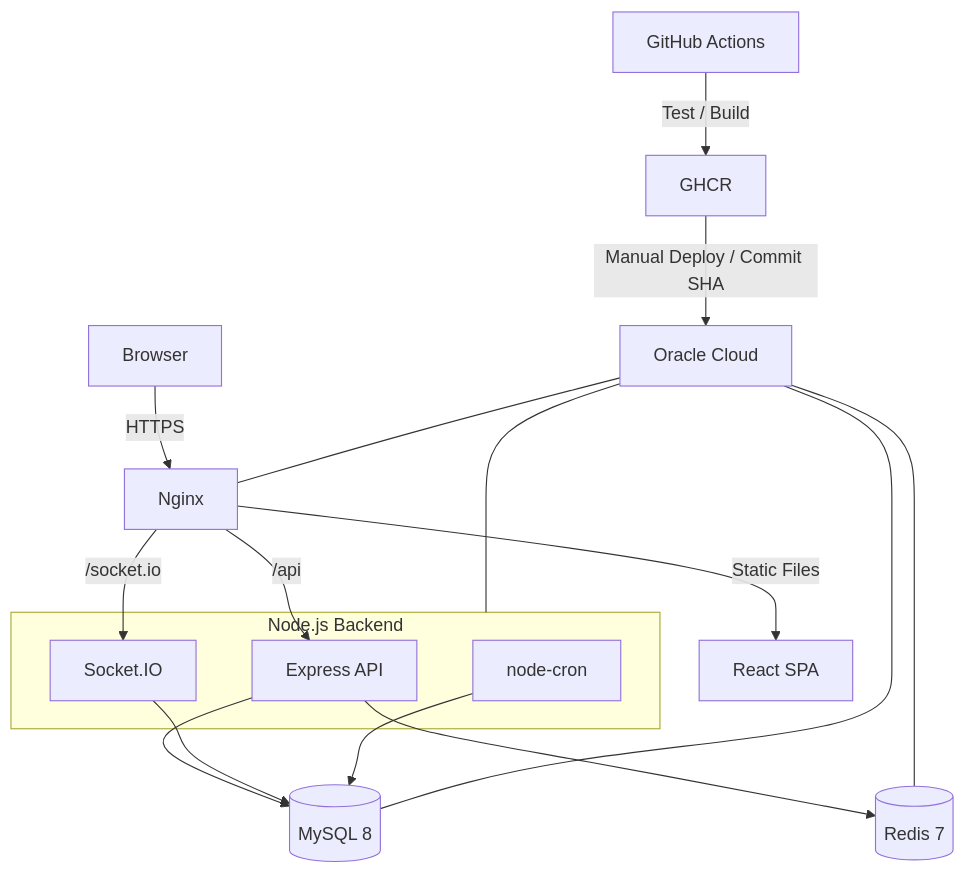
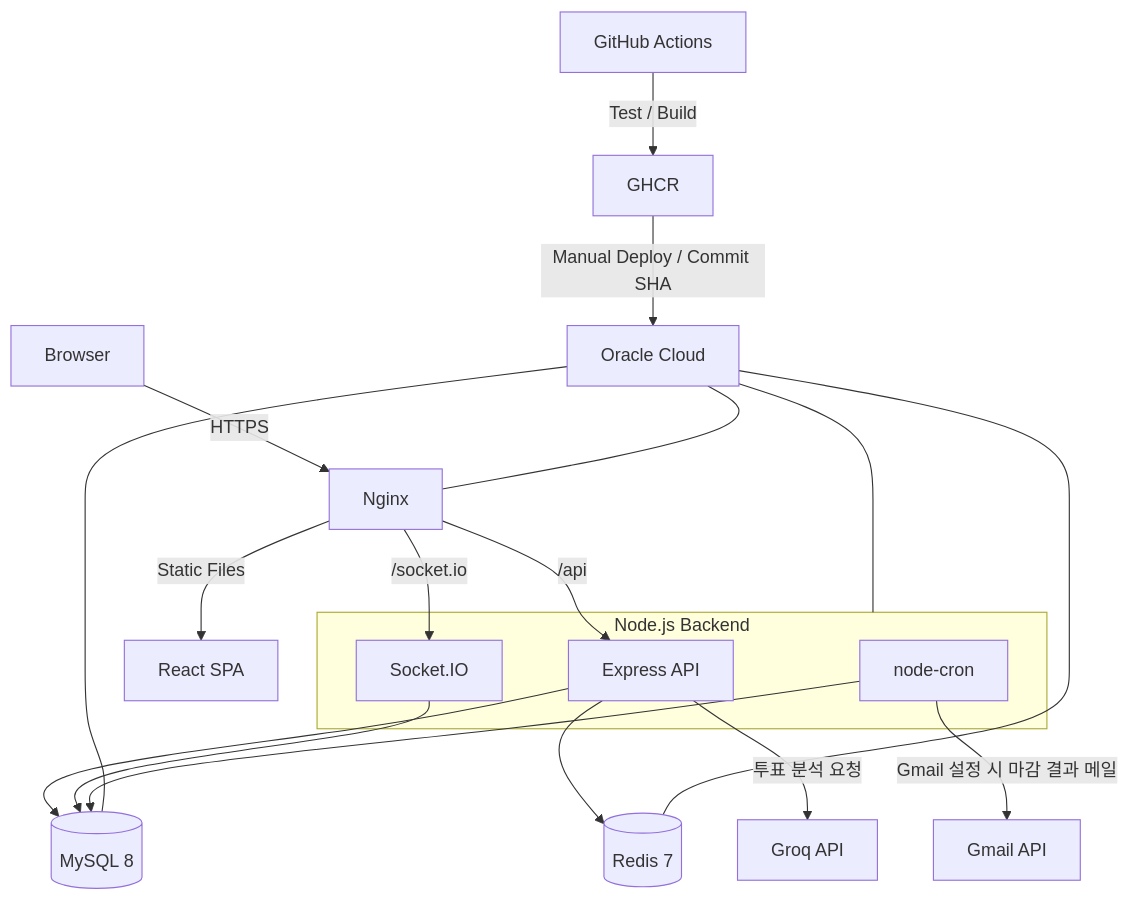
One commit to recycle385/calendar changed the second of 8 diagrams in README.md. Above: the diagram before and after it, drawn with Mermaid. The commit also changed other lines of this file and 1 other file, not shown here.

````diff
--- a/README.md
+++ b/README.md
@@ -100,27 +137,49 @@
 ```mermaid
+
 flowchart TB
+
     Browser[Browser]
 
     Browser -->|HTTPS| Nginx[Nginx]
+
     Nginx -->|Static Files| React[React SPA]
+
     Nginx -->|/api| API[Express API]
+
     Nginx -->|/socket.io| Socket[Socket.IO]
 
     subgraph Backend[Node.js Backend]
+
         API
+
         Socket
+
         Cron[node-cron]
+
     end
 
     API --> MySQL[(MySQL 8)]
+
     API --> Redis[(Redis 7)]
+
+    API -->|투표 분석 요청| Groq[Groq API]
+
     Socket --> MySQL
+
     Cron --> MySQL
 
+    Cron -->|Gmail 설정 시 마감 결과 메일| Gmail[Gmail API]
+
     Actions[GitHub Actions] -->|Test / Build| GHCR[GHCR]
+
     GHCR -->|Manual Deploy / Commit SHA| Oracle[Oracle Cloud]
+
     Oracle --- Nginx
+
     Oracle --- Backend
+
     Oracle --- MySQL
+
     Oracle --- Redis
+
 ```
````
